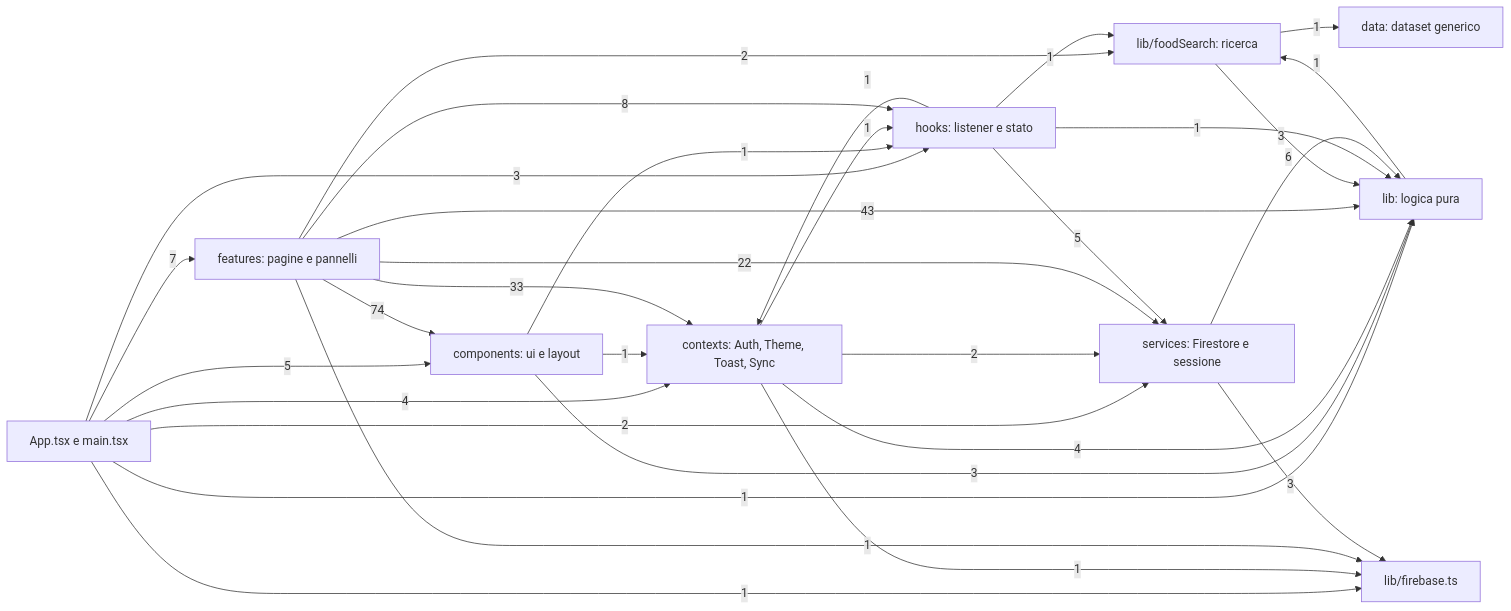
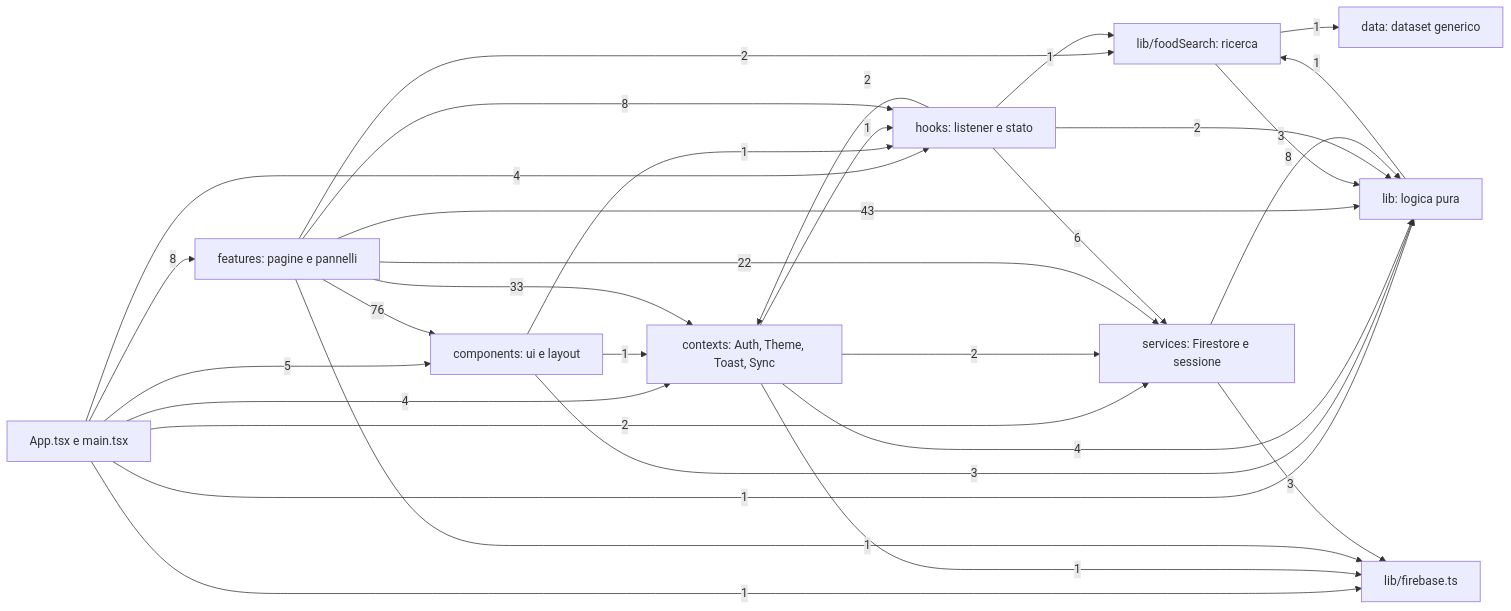
The diagram in docs/FUNCTIONS.md (samuelefbn/contacalorie), drawn with Mermaid before and after one commit. The commit also changed other lines of this file and 10 other files, not shown here.

````diff
--- a/docs/FUNCTIONS.md
+++ b/docs/FUNCTIONS.md
@@ -11,43 +11,43 @@
 ```mermaid
 flowchart LR
     App["App.tsx e main.tsx"]
     Components["components: ui e layout"]
     Contexts["contexts: Auth, Theme, Toast, Sync"]
     Data["data: dataset generico"]
     Features["features: pagine e pannelli"]
     Firebase["lib/firebase.ts"]
     FoodSearch["lib/foodSearch: ricerca"]
     Hooks["hooks: listener e stato"]
     Lib["lib: logica pura"]
     Services["services: Firestore e sessione"]
     App -->|"5"| Components
     App -->|"4"| Contexts
-    App -->|"7"| Features
+    App -->|"8"| Features
     App -->|"1"| Firebase
-    App -->|"3"| Hooks
+    App -->|"4"| Hooks
     App -->|"1"| Lib
     App -->|"2"| Services
     Components -->|"1"| Contexts
     Components -->|"1"| Hooks
     Components -->|"3"| Lib
     Contexts -->|"1"| Firebase
     Contexts -->|"1"| Hooks
     Contexts -->|"4"| Lib
     Contexts -->|"2"| Services
-    Features -->|"74"| Components
+    Features -->|"76"| Components
     Features -->|"33"| Contexts
     Features -->|"1"| Firebase
     Features -->|"2"| FoodSearch
     Features -->|"8"| Hooks
     Features -->|"43"| Lib
     Features -->|"22"| Services
     FoodSearch -->|"1"| Data
     FoodSearch -->|"3"| Lib
-    Hooks -->|"1"| Contexts
+    Hooks -->|"2"| Contexts
     Hooks -->|"1"| FoodSearch
-    Hooks -->|"1"| Lib
-    Hooks -->|"5"| Services
+    Hooks -->|"2"| Lib
+    Hooks -->|"6"| Services
     Lib -->|"1"| FoodSearch
     Services -->|"3"| Firebase
-    Services -->|"6"| Lib
+    Services -->|"8"| Lib
 ```
````
